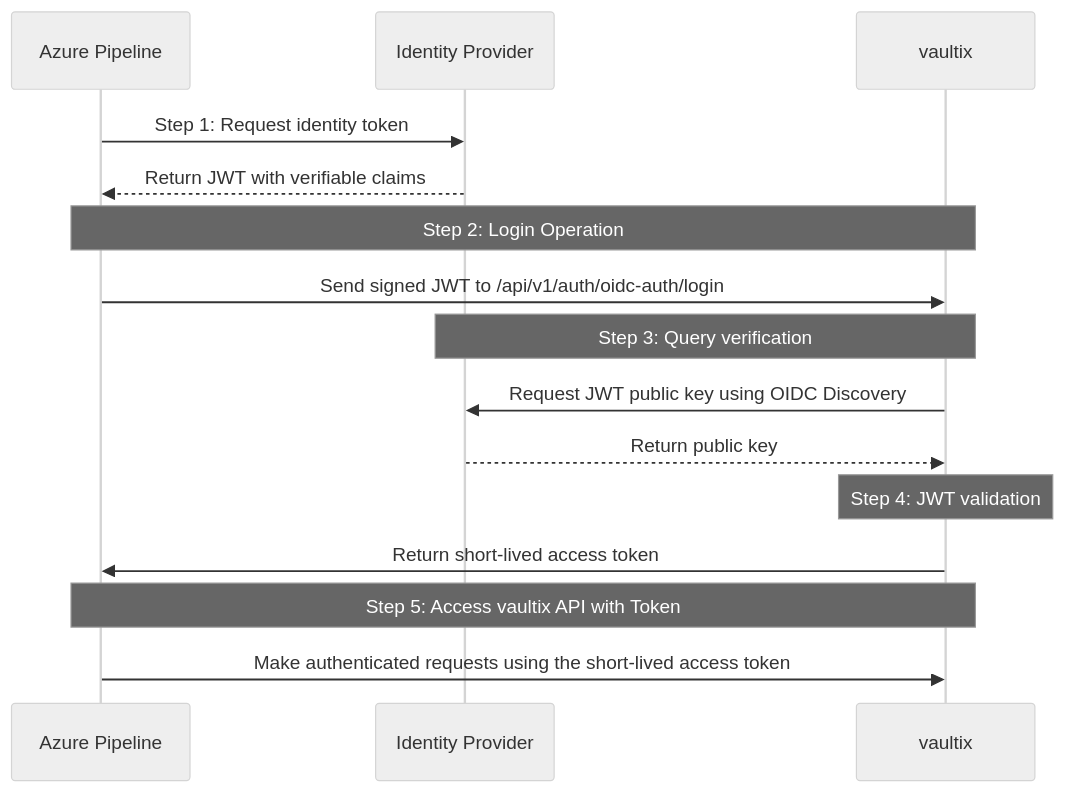
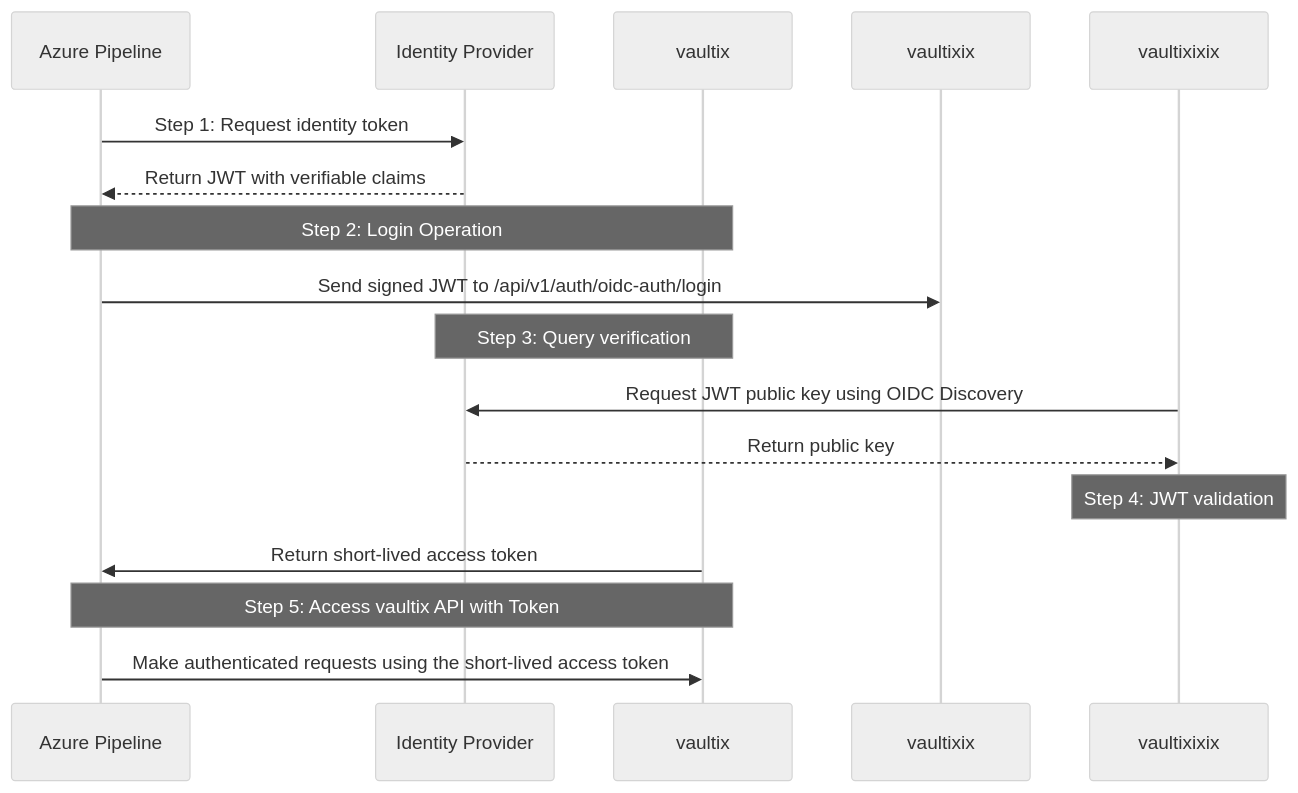
Before and after one commit to shippinAI/vaultix: the diagram in core/docs/documentation/platform/identities/oidc-auth/azure.mdx, drawn with Mermaid (neutral theme). The commit also changed 52 other files, not shown here.

````diff
--- a/core/docs/documentation/platform/identities/oidc-auth/azure.mdx
+++ b/core/docs/documentation/platform/identities/oidc-auth/azure.mdx
@@ -12,22 +12,22 @@
 ```mermaid
 sequenceDiagram
   participant Client as Azure Pipeline
   participant Idp as Identity Provider
-  participant Infis as vaultix
+  participant vaultix as vaultix
 
   Client->>Idp: Step 1: Request identity token
   Idp-->>Client: Return JWT with verifiable claims
 
-  Note over Client,Infis: Step 2: Login Operation
-  Client->>Infis: Send signed JWT to /api/v1/auth/oidc-auth/login
+  Note over Client,vaultix: Step 2: Login Operation
+  Client->>vaultixix: Send signed JWT to /api/v1/auth/oidc-auth/login
 
-  Note over Infis,Idp: Step 3: Query verification
-  Infis->>Idp: Request JWT public key using OIDC Discovery
-  Idp-->>Infis: Return public key
+  Note over vaultix,Idp: Step 3: Query verification
+  vaultixixix->>Idp: Request JWT public key using OIDC Discovery
+  Idp-->>vaultixixix: Return public key
 
-  Note over Infis: Step 4: JWT validation
-  Infis->>Client: Return short-lived access token
+  Note over vaultixixix: Step 4: JWT validation
+  vaultix->>Client: Return short-lived access token
 
-  Note over Client,Infis: Step 5: Access vaultix API with Token
-  Client->>Infis: Make authenticated requests using the short-lived access token
+  Note over Client,vaultix: Step 5: Access vaultix API with Token
+  Client->>vaultix: Make authenticated requests using the short-lived access token
 ```
````
